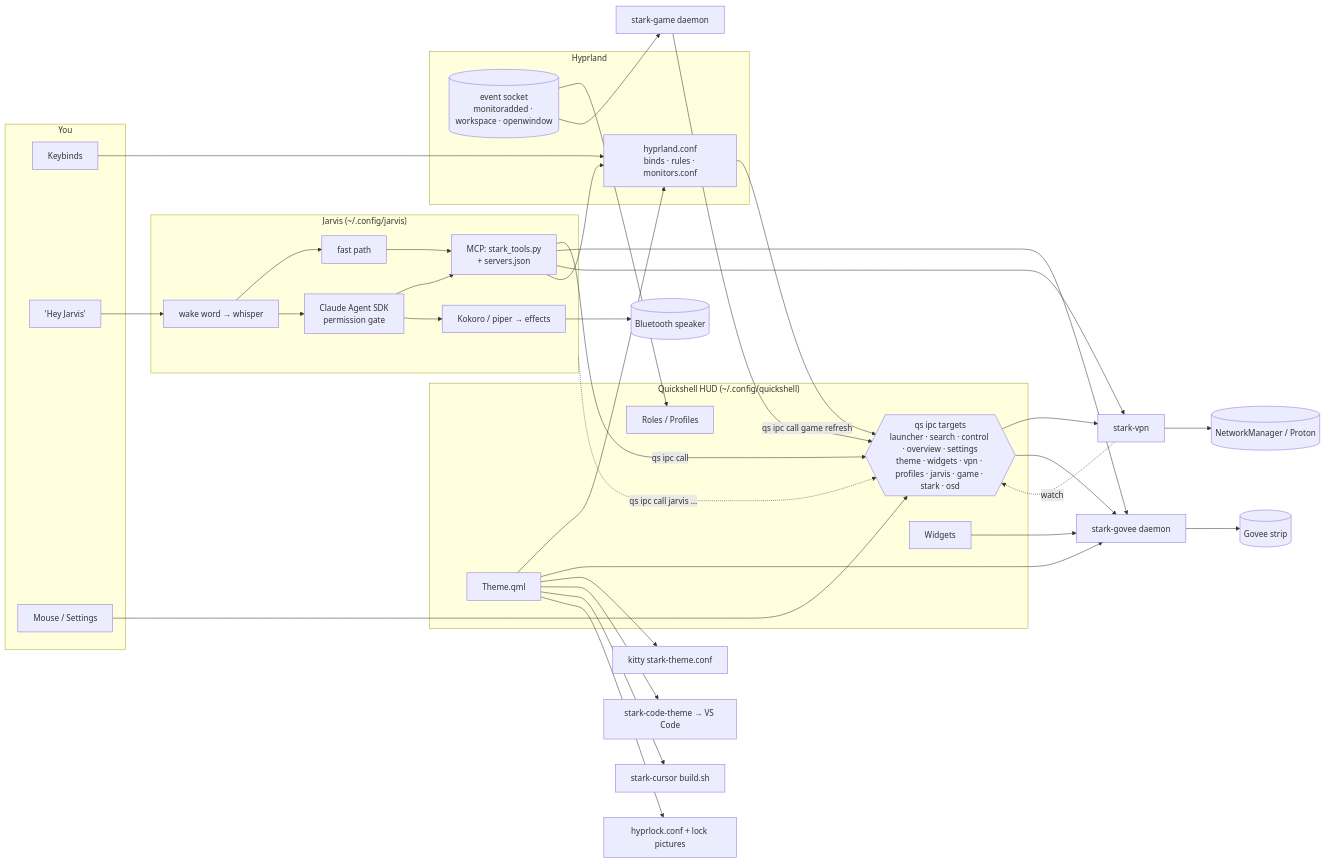
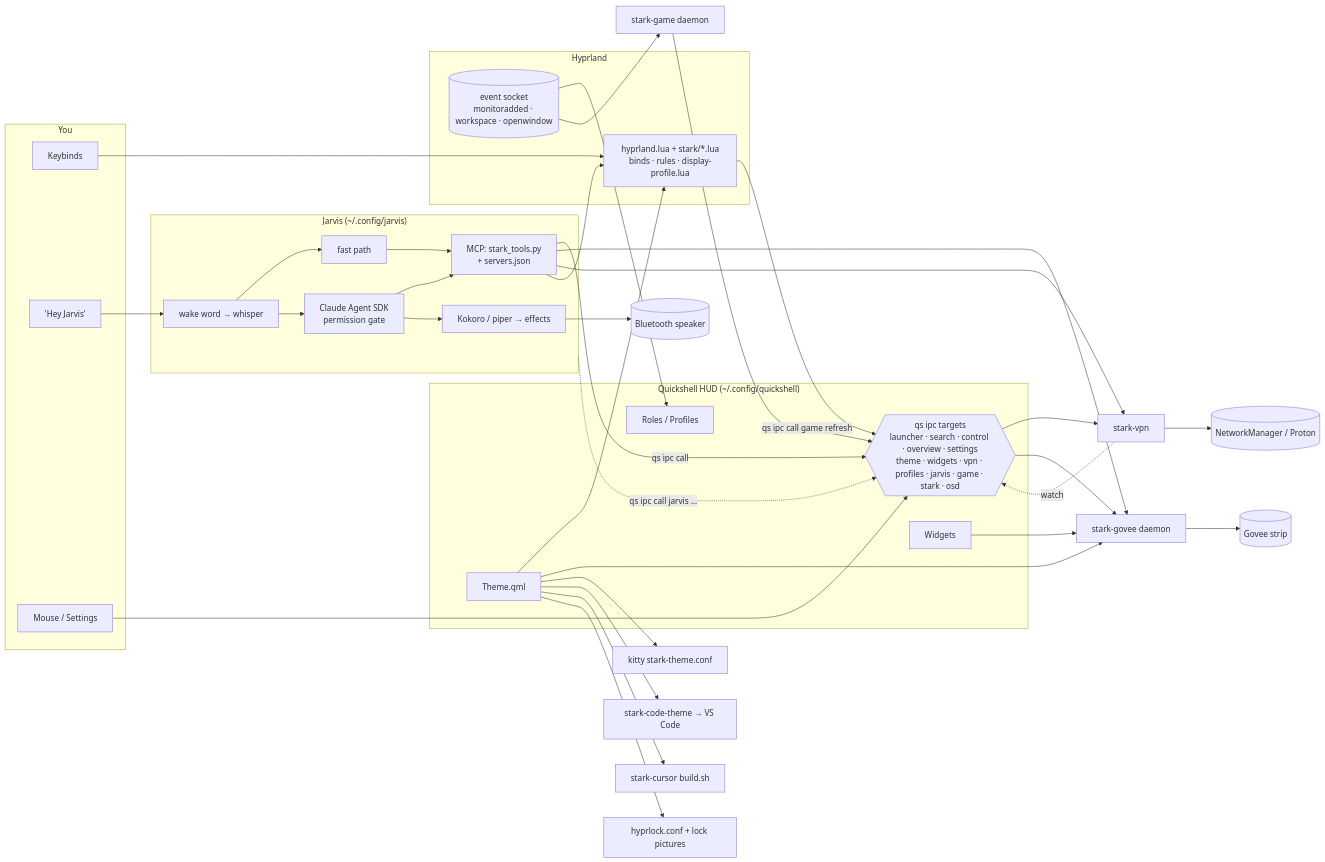
The diagram in .github/README.md (Tsheehan11/alchemos), drawn with Mermaid before and after one commit. The commit also changed other lines of this file and 38 other files, not shown here.

````diff
--- a/.github/README.md
+++ b/.github/README.md
@@ -291,52 +334,52 @@
 ```mermaid
 flowchart LR
     subgraph You
         K[Keybinds]
         V["'Hey Jarvis'"]
         M[Mouse / Settings]
     end
 
     subgraph Hyprland
-        H[hyprland.conf<br/>binds · rules · monitors.conf]
+        H[hyprland.lua + stark/*.lua<br/>binds · rules · display-profile.lua]
         EV[(event socket<br/>monitoradded · workspace · openwindow)]
     end
 
     subgraph HUD["Quickshell HUD (~/.config/quickshell)"]
         IPC{{qs ipc targets<br/>launcher · search · control · overview · settings<br/>theme · widgets · vpn · profiles · jarvis · game · stark · osd}}
         T[Theme.qml]
         R[Roles / Profiles]
         W[Widgets]
     end
 
     subgraph Jarvis["Jarvis (~/.config/jarvis)"]
         EAR[wake word → whisper]
         FP[fast path]
         BR[Claude Agent SDK<br/>permission gate]
         MCP[MCP: stark_tools.py<br/>+ servers.json]
         VO[Kokoro / piper → effects]
     end
 
     G[stark-govee daemon] --> STRIP[(Govee strip)]
     VPN[stark-vpn] --> NM[(NetworkManager / Proton)]
     GAME[stark-game daemon]
     BT[(Bluetooth speaker)]
 
     K --> H --> IPC
     M --> IPC
     EV --> R & GAME
     V --> EAR --> FP --> MCP
     EAR --> BR --> MCP
     MCP -->|qs ipc call| IPC
     MCP --> G & VPN & H
     BR --> VO --> BT
     Jarvis -.->|qs ipc call jarvis …| IPC
     T --> H & G
     T --> KITTY[kitty stark-theme.conf]
     T --> CODE[stark-code-theme → VS Code]
     T --> CUR[stark-cursor build.sh]
     T --> LOCK[hyprlock.conf + lock pictures]
     IPC --> VPN & G
     VPN -.->|watch| IPC
     GAME -->|qs ipc call game refresh| IPC
     W --> G
 ```
````
